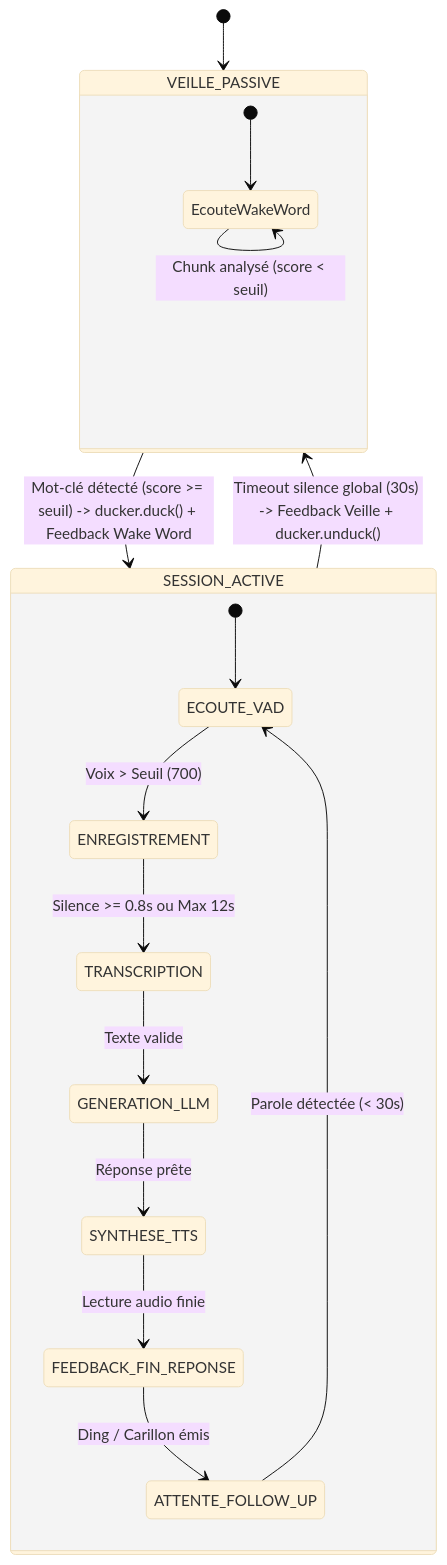
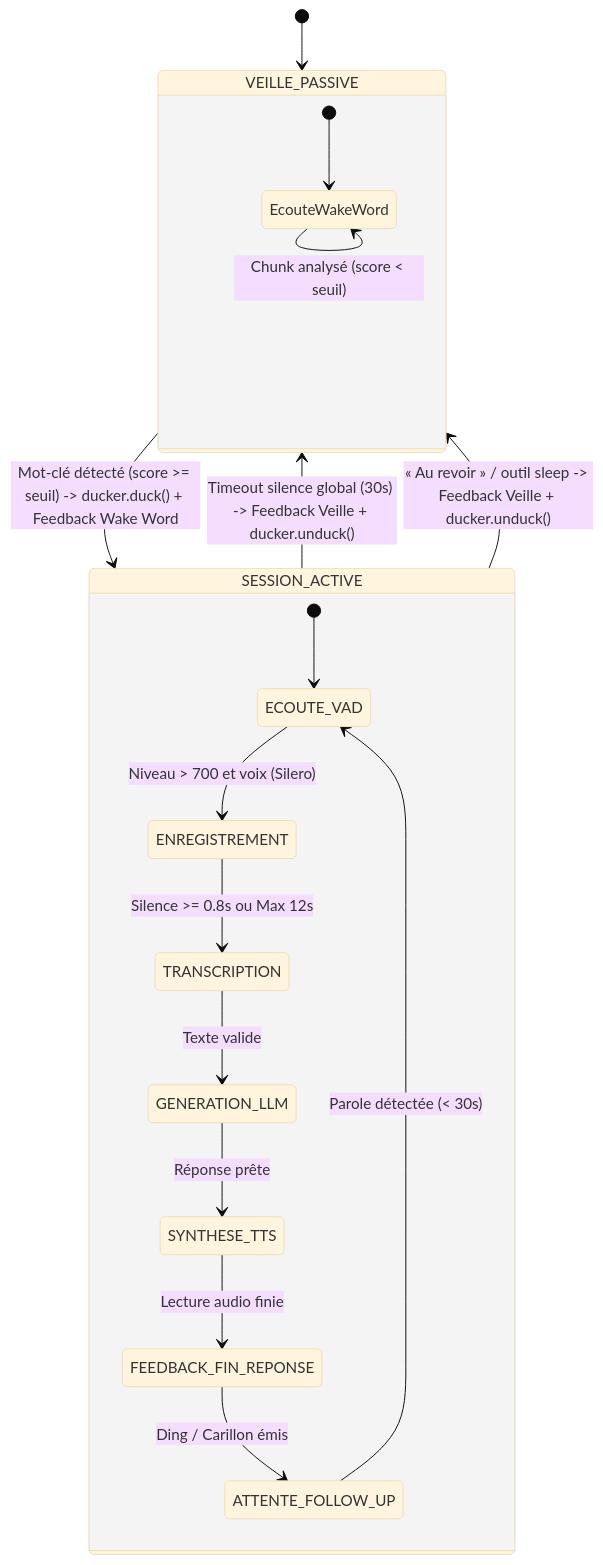
Before and after one commit to suissard/SmartHome: the diagram in AGENTS.md, drawn with Mermaid (base theme). The commit also changed other lines of this file and 14 other files, not shown here.

````diff
--- a/AGENTS.md
+++ b/AGENTS.md
@@ -140,24 +143,25 @@
 ```mermaid
 stateDiagram-v2
     [*] --> VEILLE_PASSIVE
 
     state VEILLE_PASSIVE {
         [*] --> EcouteWakeWord
         EcouteWakeWord --> EcouteWakeWord : Chunk analysé (score < seuil)
     }
 
     VEILLE_PASSIVE --> SESSION_ACTIVE : Mot-clé détecté (score >= seuil) -> ducker.duck() + Feedback Wake Word
 
     state SESSION_ACTIVE {
         [*] --> ECOUTE_VAD
-        ECOUTE_VAD --> ENREGISTREMENT : Voix > Seuil (700)
+        ECOUTE_VAD --> ENREGISTREMENT : Niveau > 700 et voix (Silero)
         ENREGISTREMENT --> TRANSCRIPTION : Silence >= 0.8s ou Max 12s
         TRANSCRIPTION --> GENERATION_LLM : Texte valide
         GENERATION_LLM --> SYNTHESE_TTS : Réponse prête
         SYNTHESE_TTS --> FEEDBACK_FIN_REPONSE : Lecture audio finie
         FEEDBACK_FIN_REPONSE --> ATTENTE_FOLLOW_UP : Ding / Carillon émis
         ATTENTE_FOLLOW_UP --> ECOUTE_VAD : Parole détectée (< 30s)
     }
 
     SESSION_ACTIVE --> VEILLE_PASSIVE : Timeout silence global (30s) -> Feedback Veille + ducker.unduck()
+    SESSION_ACTIVE --> VEILLE_PASSIVE : « Au revoir » / outil sleep -> Feedback Veille + ducker.unduck()
 ```
````
